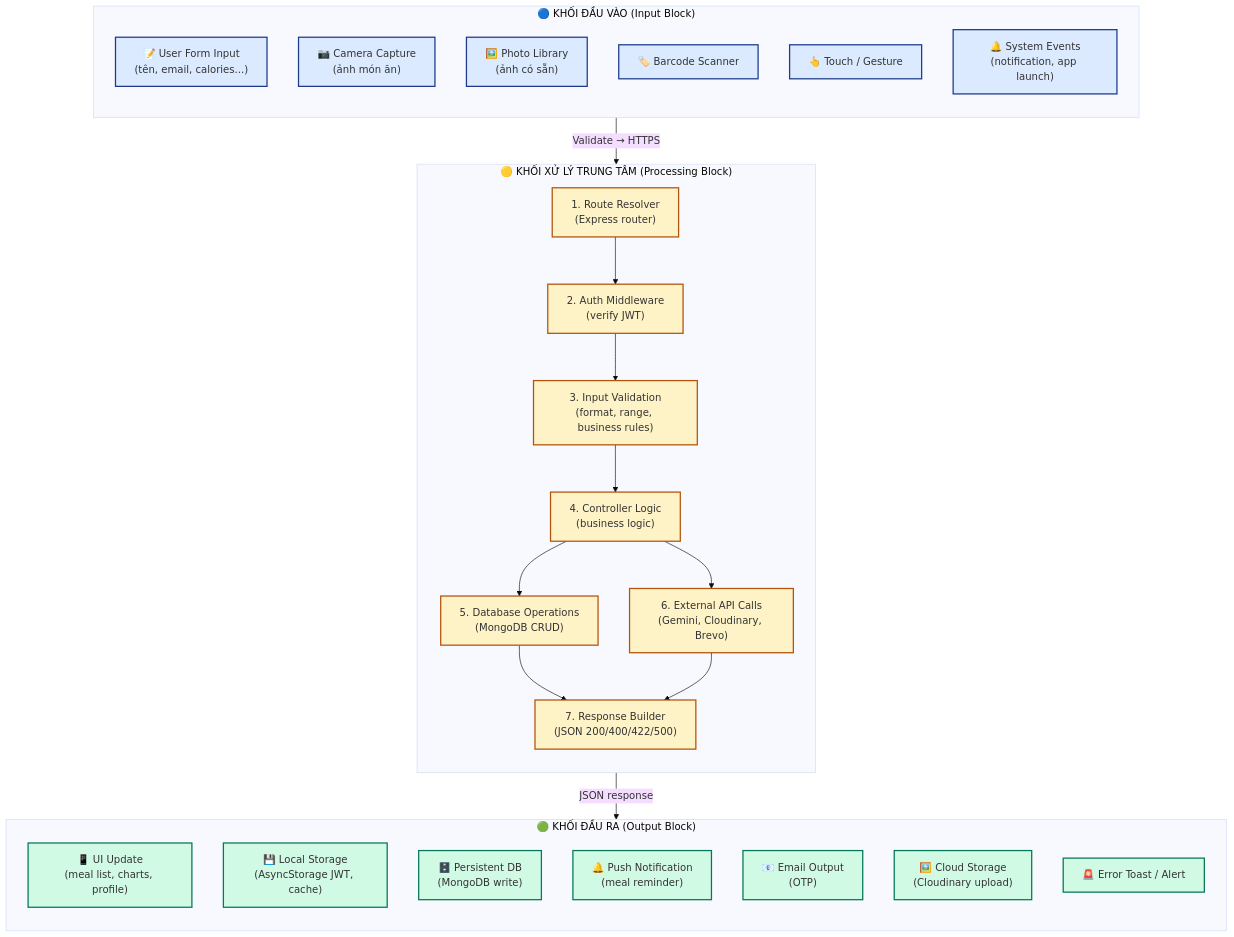
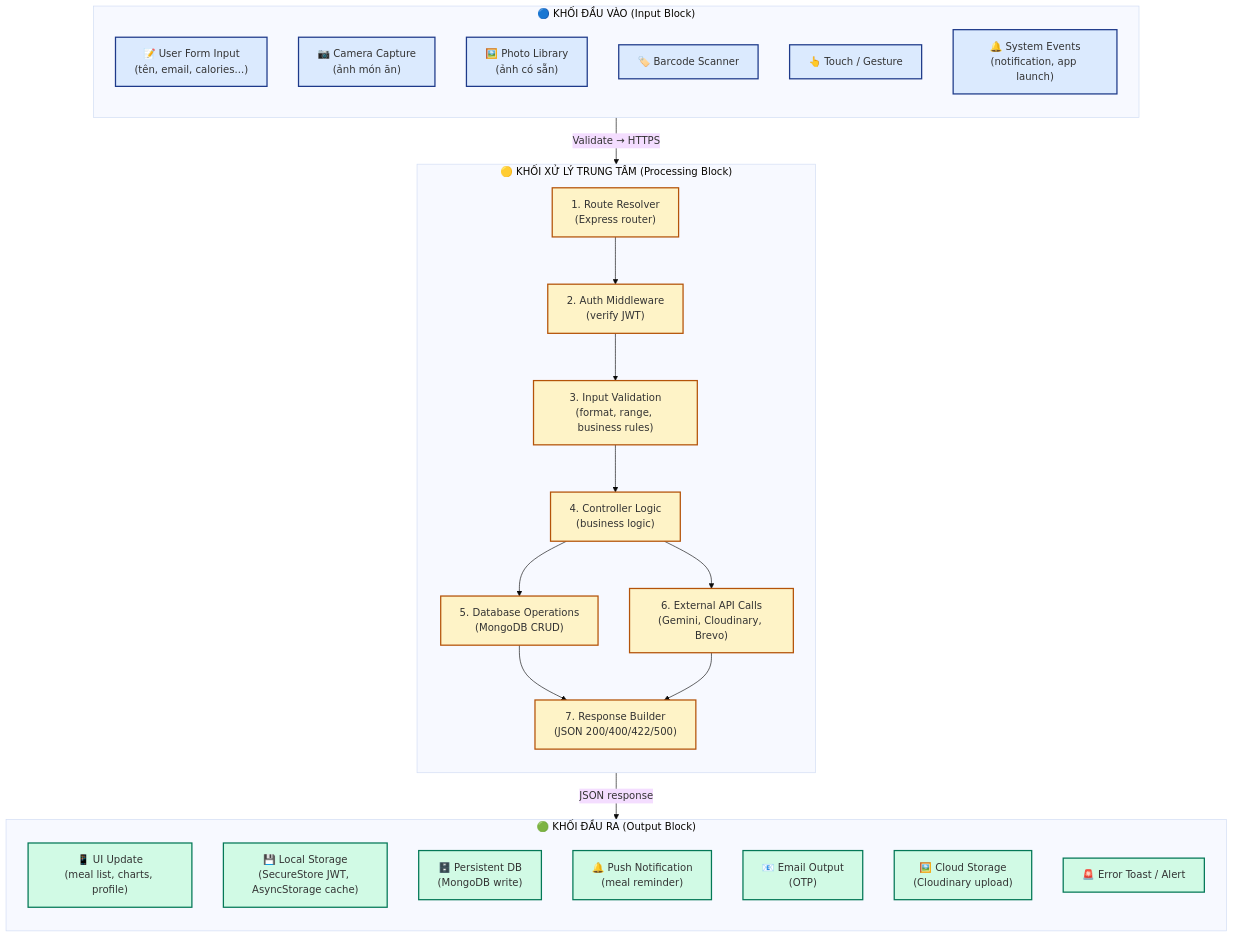
One commit to King242004/COMP1682.King changed the second of 3 diagrams in ARCHITECTURE.md. Above: the diagram before and after it, drawn with Mermaid (base theme). The commit also changed other lines of this file and 48 other files, not shown here.

````diff
--- a/ARCHITECTURE.md
+++ b/ARCHITECTURE.md
@@ -235,49 +235,49 @@
 ```mermaid
 flowchart TB
     subgraph INPUT["🔵 KHỐI ĐẦU VÀO (Input Block)"]
         direction TB
         I1["📝 User Form Input<br/>(tên, email, calories...)"]
         I2["📷 Camera Capture<br/>(ảnh món ăn)"]
         I3["🖼️ Photo Library<br/>(ảnh có sẵn)"]
         I4["🏷️ Barcode Scanner"]
         I5["👆 Touch / Gesture"]
         I6["🔔 System Events<br/>(notification, app launch)"]
     end
 
     subgraph PROCESS["🟡 KHỐI XỬ LÝ TRUNG TÂM (Processing Block)"]
         direction TB
         P1["1. Route Resolver<br/>(Express router)"]
         P2["2. Auth Middleware<br/>(verify JWT)"]
         P3["3. Input Validation<br/>(format, range, business rules)"]
         P4["4. Controller Logic<br/>(business logic)"]
         P5["5. Database Operations<br/>(MongoDB CRUD)"]
         P6["6. External API Calls<br/>(Gemini, Cloudinary, Brevo)"]
         P7["7. Response Builder<br/>(JSON 200/400/422/500)"]
         P1 --> P2 --> P3 --> P4 --> P5
         P4 --> P6
         P5 --> P7
         P6 --> P7
     end
 
     subgraph OUTPUT["🟢 KHỐI ĐẦU RA (Output Block)"]
         direction TB
         O1["📱 UI Update<br/>(meal list, charts, profile)"]
-        O2["💾 Local Storage<br/>(AsyncStorage JWT, cache)"]
+        O2["💾 Local Storage<br/>(SecureStore JWT, AsyncStorage cache)"]
         O3["🗄️ Persistent DB<br/>(MongoDB write)"]
         O4["🔔 Push Notification<br/>(meal reminder)"]
         O5["📧 Email Output<br/>(OTP)"]
         O6["🖼️ Cloud Storage<br/>(Cloudinary upload)"]
         O7["🚨 Error Toast / Alert"]
     end
 
     INPUT -- "Validate → HTTPS" --> PROCESS
     PROCESS -- "JSON response" --> OUTPUT
 
     classDef inputStyle fill:#DBEAFE,stroke:#1E3A8A,stroke-width:2px
     classDef procStyle fill:#FEF3C7,stroke:#B45309,stroke-width:2px
     classDef outStyle fill:#D1FAE5,stroke:#047857,stroke-width:2px
 
     class I1,I2,I3,I4,I5,I6 inputStyle
     class P1,P2,P3,P4,P5,P6,P7 procStyle
     class O1,O2,O3,O4,O5,O6,O7 outStyle
 ```
````
